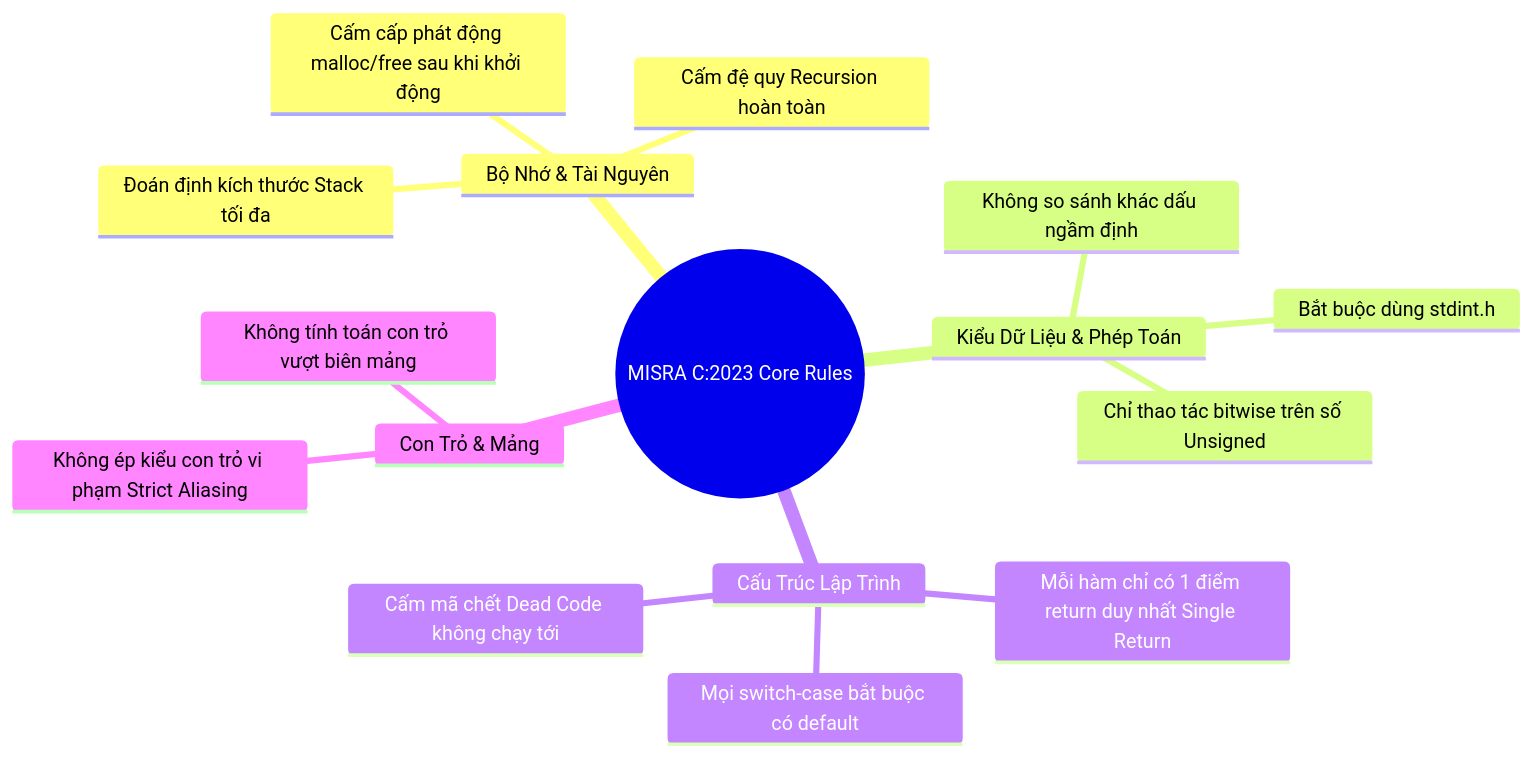
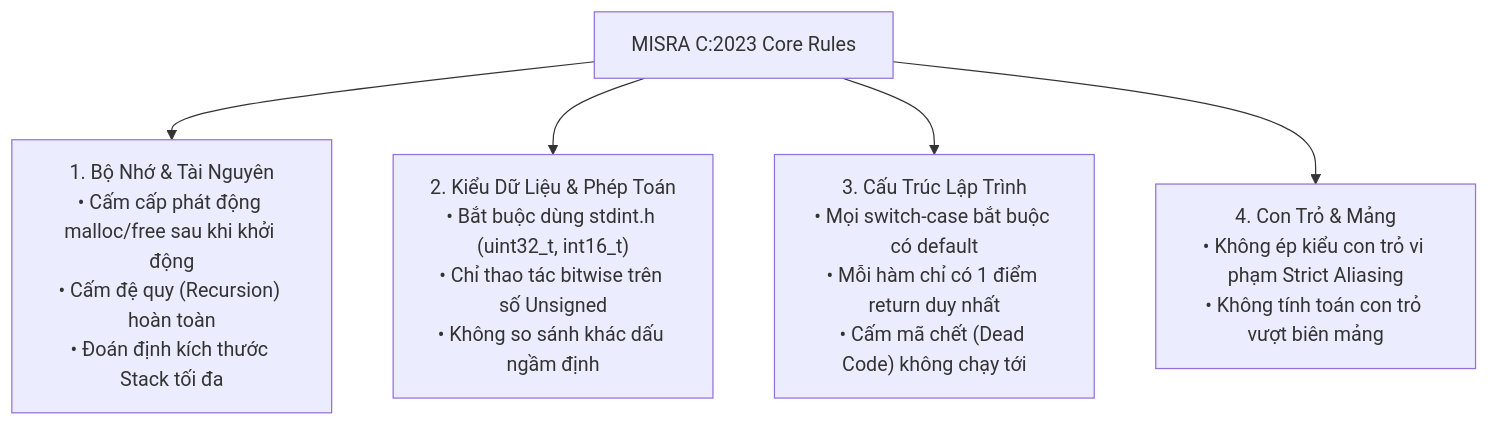
One commit to thinh1210/Obsidian changed the second of 2 diagrams in C_Cpp_Mastery_Handbook/08_Undefined_Behavior_and_Safety_Standards.md. Above: the diagram before and after it, drawn with Mermaid. The commit also changed other lines of this file and 45 other files, not shown here.

````diff
--- a/C_Cpp_Mastery_Handbook/08_Undefined_Behavior_and_Safety_Standards.md
+++ b/C_Cpp_Mastery_Handbook/08_Undefined_Behavior_and_Safety_Standards.md
@@ -89,19 +89,7 @@
 ```mermaid
-mindmap
-  root((MISRA C:2023 Core Rules))
-    Bộ Nhớ & Tài Nguyên
-      Cấm cấp phát động malloc/free sau khi khởi động
-      Cấm đệ quy Recursion hoàn toàn
-      Đoán định kích thước Stack tối đa
-    Kiểu Dữ Liệu & Phép Toán
-      Bắt buộc dùng stdint.h
-      Chỉ thao tác bitwise trên số Unsigned
-      Không so sánh khác dấu ngầm định
-    Cấu Trúc Lập Trình
-      Mọi switch-case bắt buộc có default
-      Mỗi hàm chỉ có 1 điểm return duy nhất Single Return
-      Cấm mã chết Dead Code không chạy tới
-    Con Trỏ & Mảng
-      Không ép kiểu con trỏ vi phạm Strict Aliasing
-      Không tính toán con trỏ vượt biên mảng
+graph TD
+    Root["MISRA C:2023 Core Rules"] --> Mem["1. Bộ Nhớ & Tài Nguyên<br/>• Cấm cấp phát động malloc/free sau khi khởi động<br/>• Cấm đệ quy (Recursion) hoàn toàn<br/>• Đoán định kích thước Stack tối đa"]
+    Root --> Type["2. Kiểu Dữ Liệu & Phép Toán<br/>• Bắt buộc dùng stdint.h (uint32_t, int16_t)<br/>• Chỉ thao tác bitwise trên số Unsigned<br/>• Không so sánh khác dấu ngầm định"]
+    Root --> Flow["3. Cấu Trúc Lập Trình<br/>• Mọi switch-case bắt buộc có default<br/>• Mỗi hàm chỉ có 1 điểm return duy nhất<br/>• Cấm mã chết (Dead Code) không chạy tới"]
+    Root --> Ptr["4. Con Trỏ & Mảng<br/>• Không ép kiểu con trỏ vi phạm Strict Aliasing<br/>• Không tính toán con trỏ vượt biên mảng"]
 ```
````
